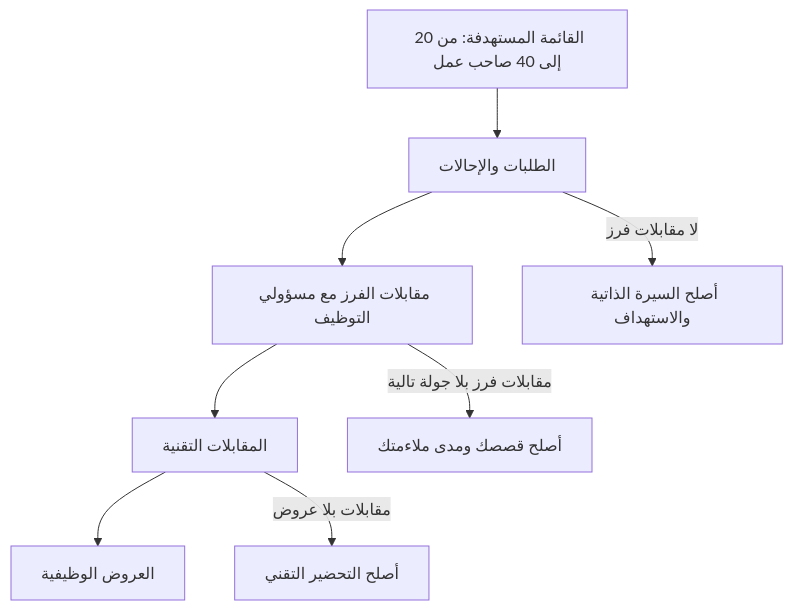
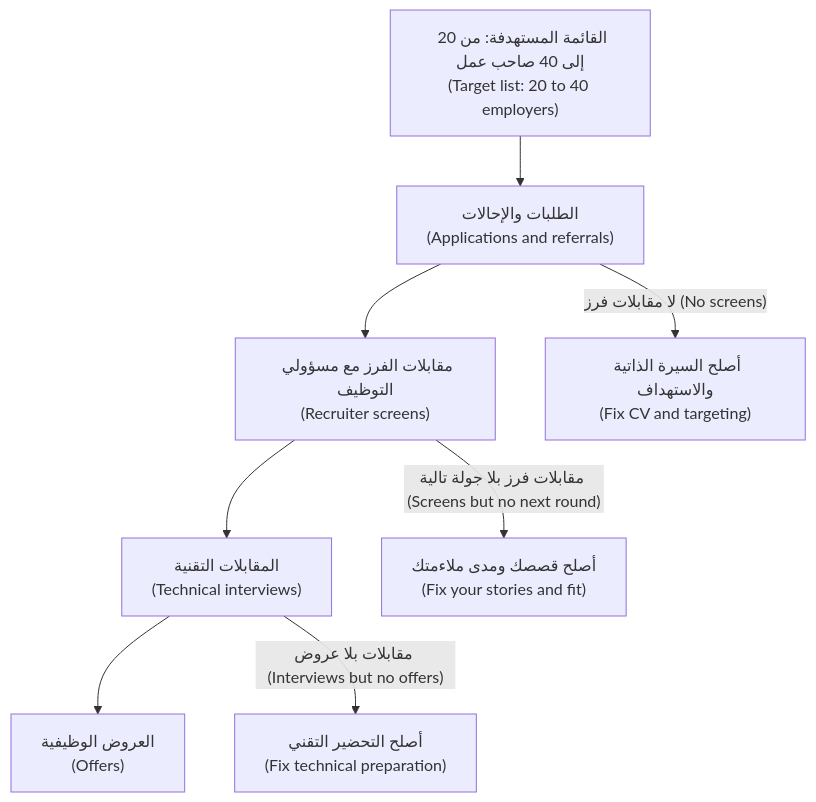
Before and after one commit to Tamoura/system-design-for-vibe-coders: the third of 3 diagrams in career/modules/04-getting-seen.ar.md, drawn with Mermaid. The commit also changed other lines of this file and 20 other files, not shown here.

First line of the commit message:
New courses: Arabic diagrams read right-to-left with English labels (modules 0–6)

````diff
--- a/career/modules/04-getting-seen.ar.md
+++ b/career/modules/04-getting-seen.ar.md
@@ -527,10 +527,10 @@
 ```mermaid
 flowchart TD
-  A["القائمة المستهدفة: من 20 إلى 40 صاحب عمل"] --> B["الطلبات والإحالات"]
-  B --> C["مقابلات الفرز مع مسؤولي التوظيف"]
-  C --> D["المقابلات التقنية"]
-  D --> E["العروض الوظيفية"]
-  B -- "لا مقابلات فرز" --> F["أصلح السيرة الذاتية والاستهداف"]
-  C -- "مقابلات فرز بلا جولة تالية" --> G["أصلح قصصك ومدى ملاءمتك"]
-  D -- "مقابلات بلا عروض" --> H["أصلح التحضير التقني"]
+  A["القائمة المستهدفة: من 20 إلى 40 صاحب عمل<br/>(Target list: 20 to 40 employers)"] --> B["الطلبات والإحالات<br/>(Applications and referrals)"]
+  B --> C["مقابلات الفرز مع مسؤولي التوظيف<br/>(Recruiter screens)"]
+  C --> D["المقابلات التقنية<br/>(Technical interviews)"]
+  D --> E["العروض الوظيفية<br/>(Offers)"]
+  B -- "لا مقابلات فرز (No screens)" --> F["أصلح السيرة الذاتية والاستهداف<br/>(Fix CV and targeting)"]
+  C -- "مقابلات فرز بلا جولة تالية (Screens but no next round)" --> G["أصلح قصصك ومدى ملاءمتك<br/>(Fix your stories and fit)"]
+  D -- "مقابلات بلا عروض (Interviews but no offers)" --> H["أصلح التحضير التقني<br/>(Fix technical preparation)"]
 ```
````
